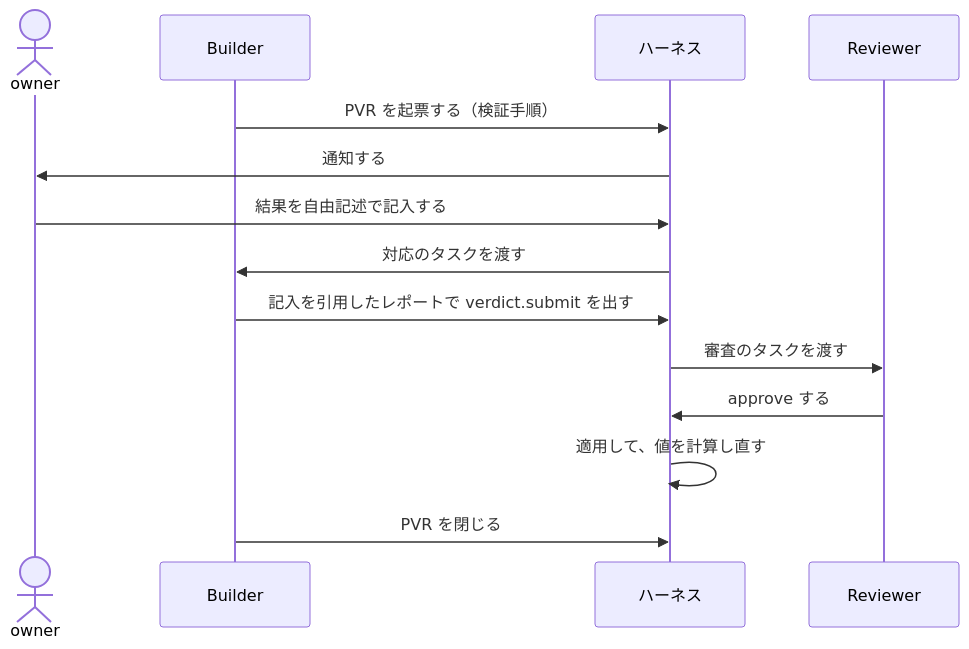
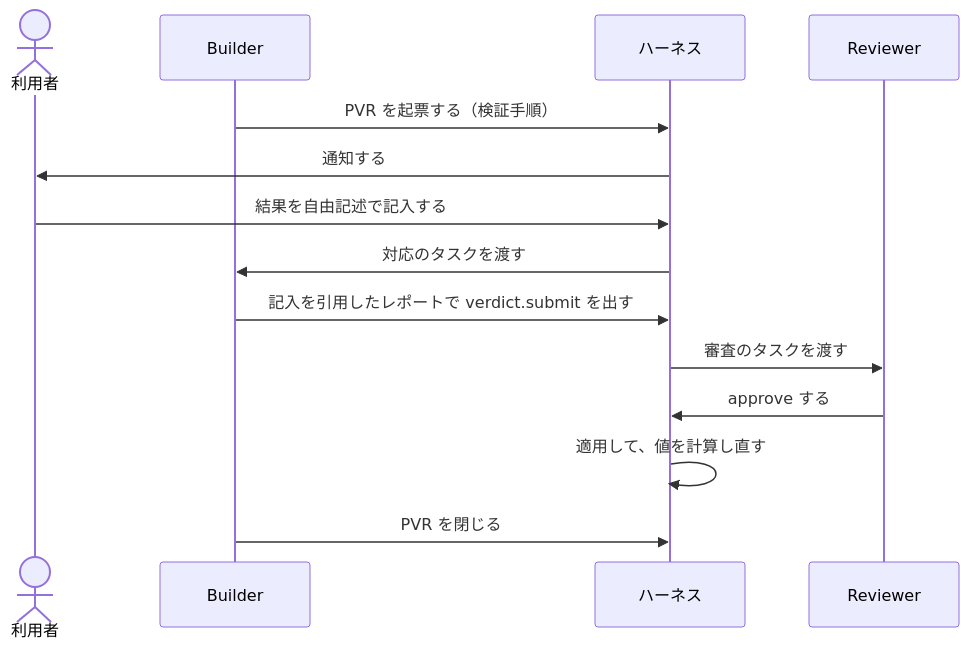
The diagram in docs/threads/README.md (yamambainc/logiforge), drawn with Mermaid before and after one commit. The commit also changed other lines of this file and 25 other files, not shown here.

````diff
--- a/docs/threads/README.md
+++ b/docs/threads/README.md
@@ -37,16 +45,16 @@
 ```mermaid
 sequenceDiagram
-  actor Owner as owner
+  actor U as 利用者
   participant B as Builder
   participant H as ハーネス
   participant R as Reviewer
   B->>H: PVR を起票する（検証手順）
-  H->>Owner: 通知する
-  Owner->>H: 結果を自由記述で記入する
+  H->>U: 通知する
+  U->>H: 結果を自由記述で記入する
   H->>B: 対応のタスクを渡す
   B->>H: 記入を引用したレポートで verdict.submit を出す
   H->>R: 審査のタスクを渡す
   R->>H: approve する
   H->>H: 適用して、値を計算し直す
   B->>H: PVR を閉じる
 ```
````
